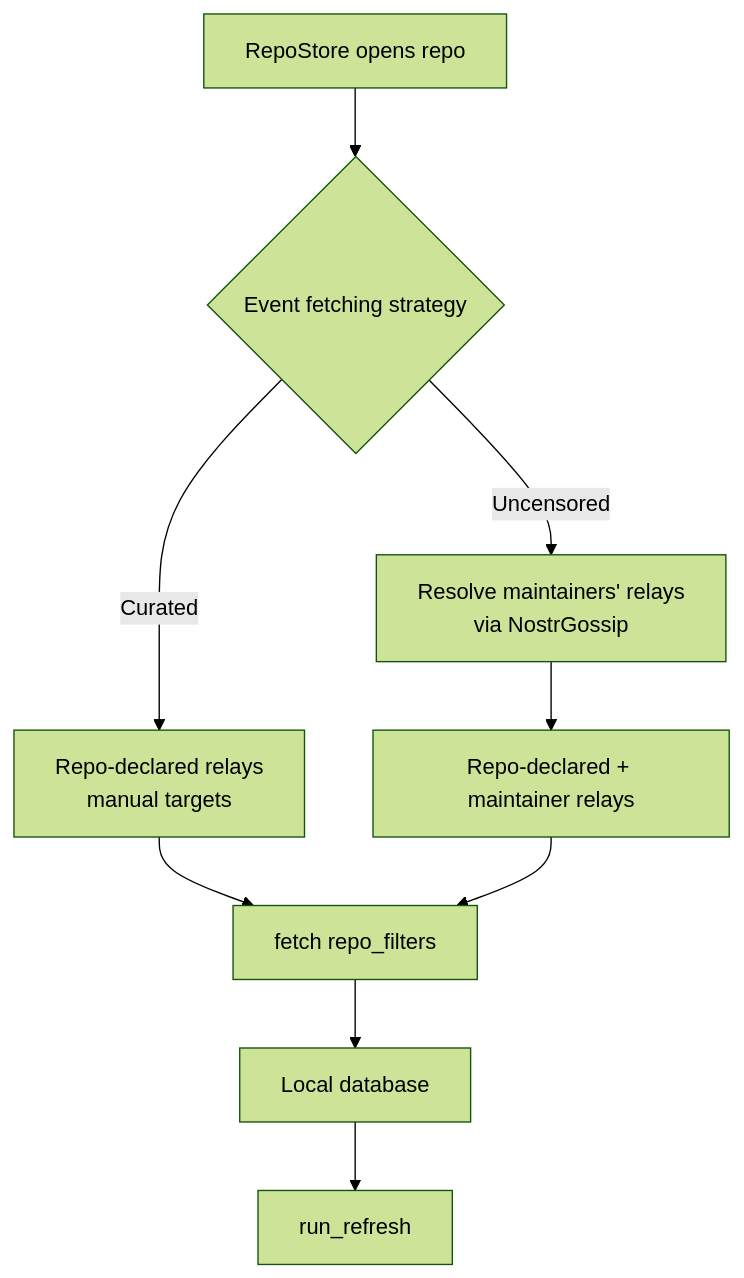
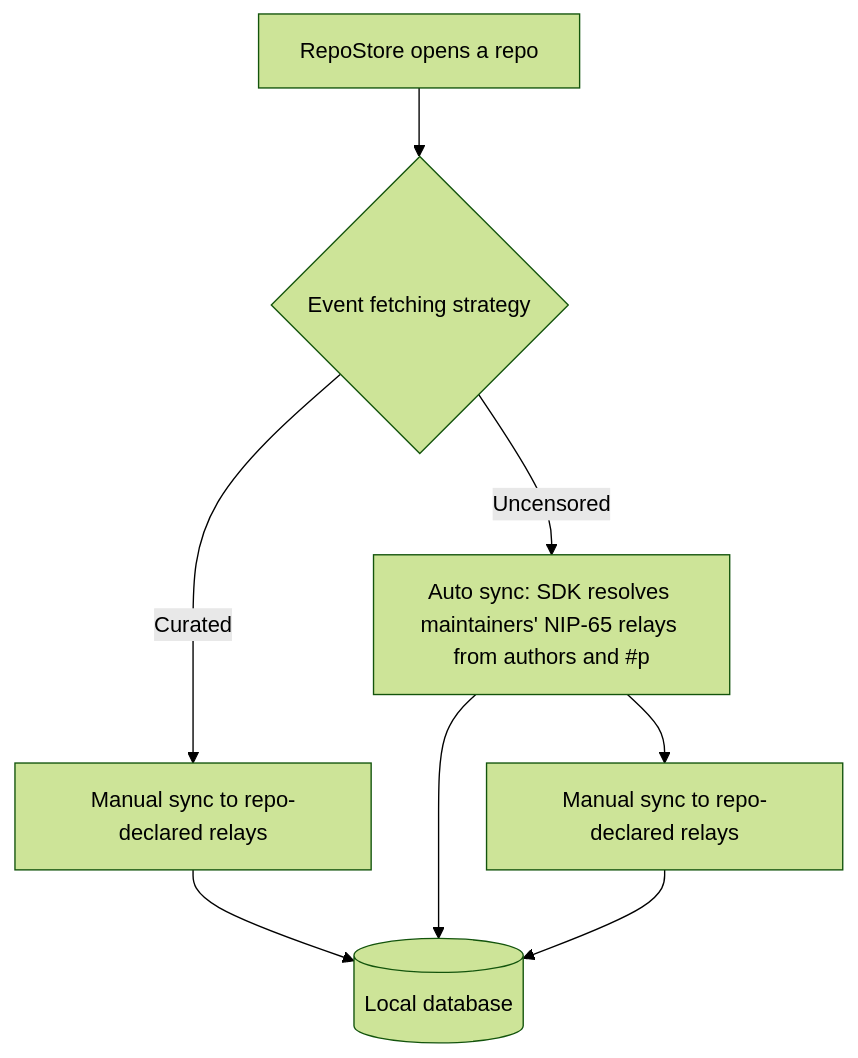
The diagram in docs/event-fetching-strategy.md (reyakov/signed), drawn with Mermaid (forest theme) before and after one commit. The commit also changed other lines of this file and 1 other file, not shown here.

Commit message:
add strategy setting

````diff
--- a/docs/event-fetching-strategy.md
+++ b/docs/event-fetching-strategy.md
@@ -152,11 +61,9 @@
 ```mermaid
 flowchart TD
-    A[RepoStore opens repo] --> B{Event fetching strategy}
-    B -->|Curated| C[Repo-declared relays\nmanual targets]
-    B -->|Uncensored| D[Resolve maintainers' relays\nvia NostrGossip]
-    D --> E[Repo-declared + maintainer relays]
-    C --> F[fetch repo_filters]
+    A[RepoStore opens a repo] --> B{Event fetching strategy}
+    B -->|Curated| C[Manual sync to repo-declared relays]
+    B -->|Uncensored| D[Auto sync: SDK resolves maintainers' NIP-65 relays from authors and #p] --> E[Manual sync to repo-declared relays]
+    C --> F[(Local database)]
+    D --> F
     E --> F
-    F --> G[Local database]
-    G --> H[run_refresh]
 ```
````
